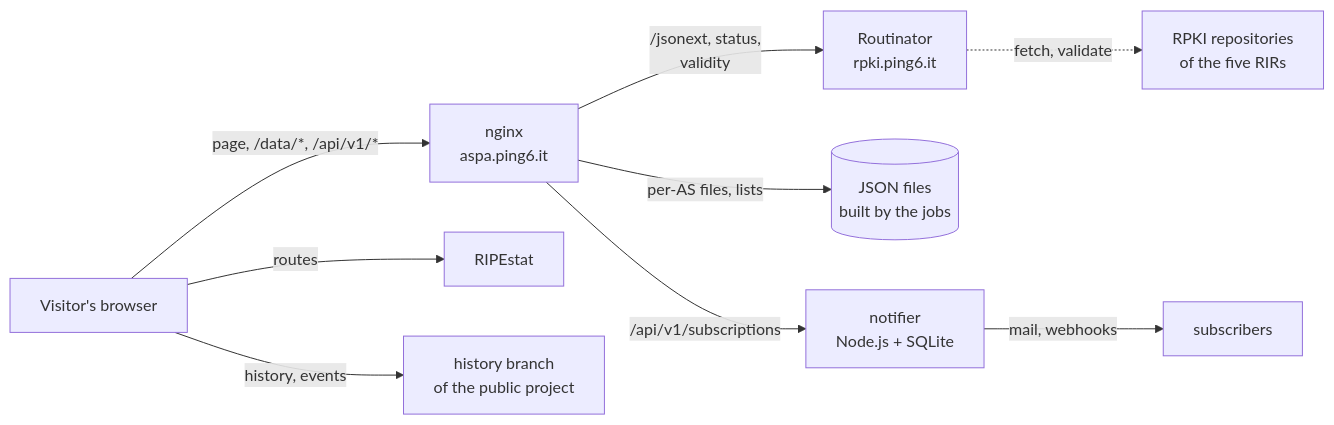
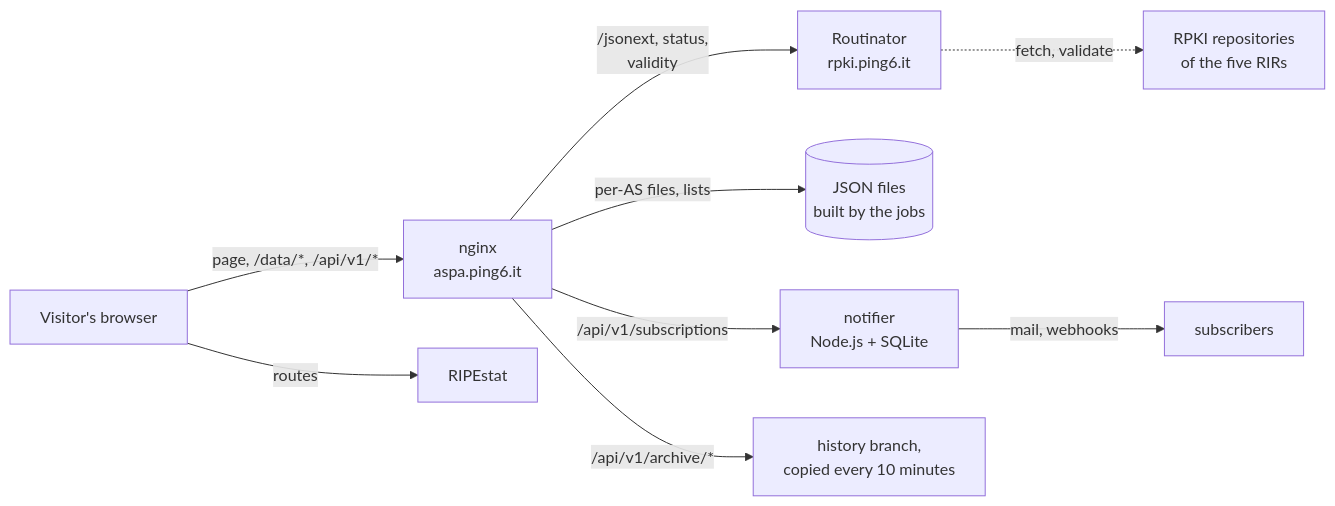
The second of 2 diagrams in README.md (Antonio-Prado/aspa-explorer), drawn with Mermaid before and after one commit. The commit also changed other lines of this file and 58 other files, not shown here.

````diff
--- a/README.md
+++ b/README.md
@@ -270,16 +270,16 @@
 ```mermaid
 flowchart LR
     V["Visitor's browser"] -->|"page, /data/*, /api/v1/*"| N["nginx<br>aspa.ping6.it"]
     N -->|"/jsonext, status,<br>validity"| R["Routinator<br>rpki.ping6.it"]
     N -->|"per-AS files, lists"| F[("JSON files<br>built by the jobs")]
     N -->|"/api/v1/subscriptions"| S["notifier<br>Node.js + SQLite"]
     S -->|"mail, webhooks"| U["subscribers"]
     R -.->|"fetch, validate"| T["RPKI repositories<br>of the five RIRs"]
     V -->|"routes"| P["RIPEstat"]
-    V -->|"history, events"| H["history branch<br>of the public project"]
+    N -->|"/api/v1/archive/*"| H["history branch,<br>copied every 10 minutes"]
     click V "https://github.com/Antonio-Prado/aspa-explorer#features"
     click N "https://github.com/Antonio-Prado/aspa-explorer/wiki/Deployment#what-the-nginx-configuration-does"
     click F "https://aspa.ping6.it/api.html"
     click S "https://github.com/Antonio-Prado/aspa-explorer/wiki/Deployment#notifications-optional"
     click H "https://github.com/Antonio-Prado/aspa-explorer/wiki/Deployment#rebuilding-the-history"
 ```
````
